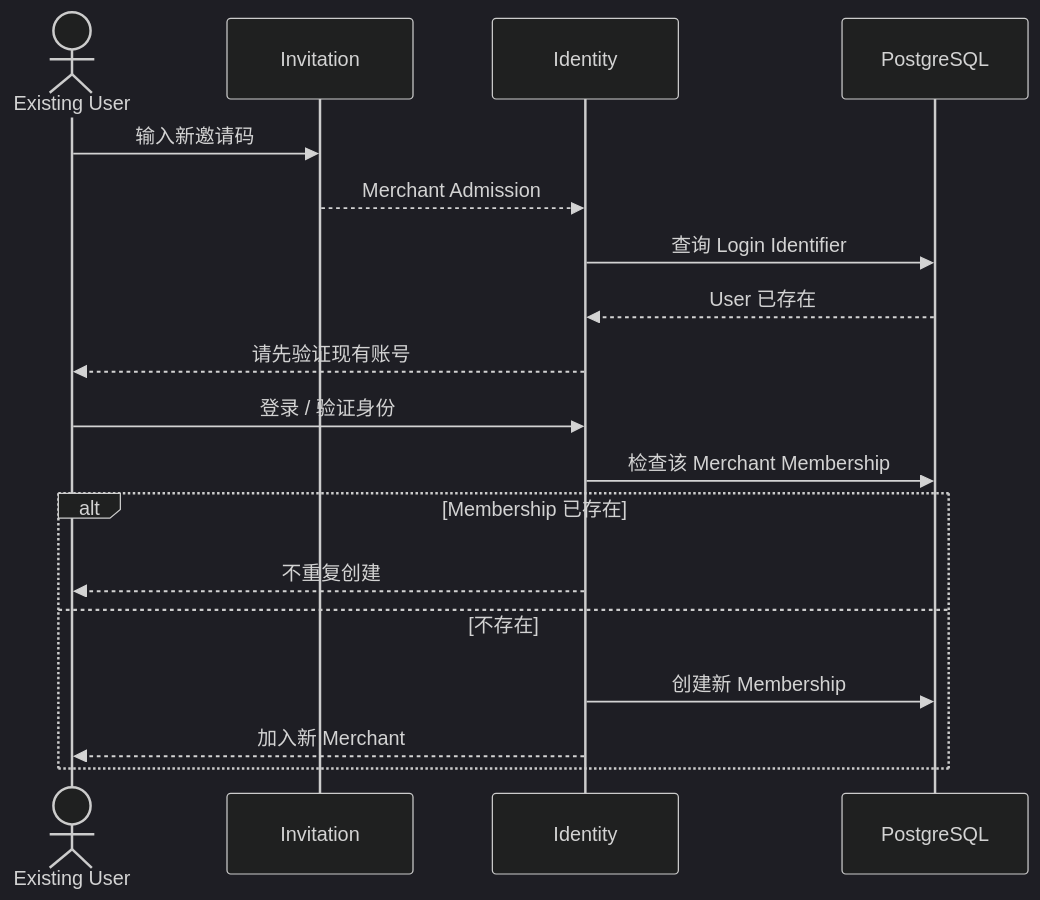
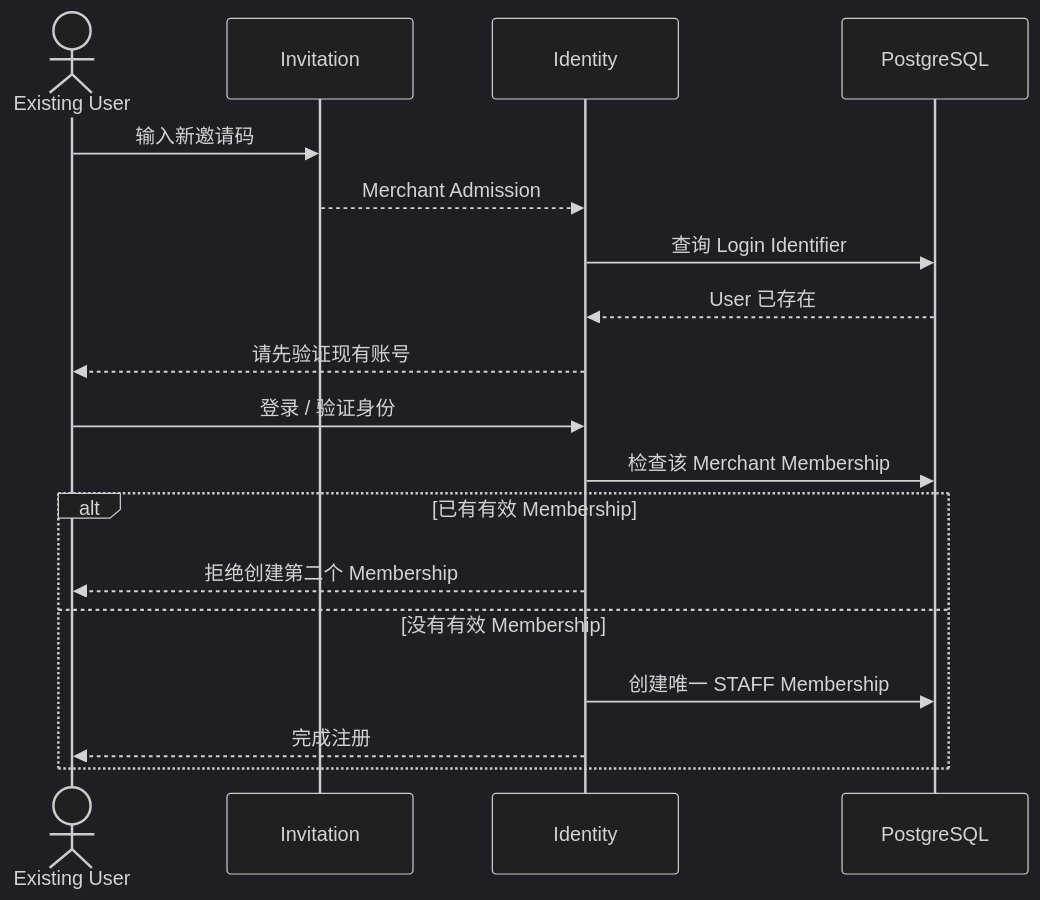
One commit to sxyq/mastergoods changed the tenth of 13 diagrams in docs/system-design/01-账户与身份/01-注册与邀请码.md. Above: the diagram before and after it, drawn with Mermaid (dark theme). The commit also changed other lines of this file and 10 other files, not shown here.

````diff
--- a/docs/system-design/01-账户与身份/01-注册与邀请码.md
+++ b/docs/system-design/01-账户与身份/01-注册与邀请码.md
@@ -387,25 +386,25 @@
 ```mermaid
 sequenceDiagram
     actor U as Existing User
     participant INV as Invitation
     participant IAM as Identity
     participant DB as PostgreSQL
 
     U->>INV: 输入新邀请码
     INV-->>IAM: Merchant Admission
 
     IAM->>DB: 查询 Login Identifier
     DB-->>IAM: User 已存在
 
     IAM-->>U: 请先验证现有账号
     U->>IAM: 登录 / 验证身份
 
     IAM->>DB: 检查该 Merchant Membership
 
-    alt Membership 已存在
-        IAM-->>U: 不重复创建
-    else 不存在
-        IAM->>DB: 创建新 Membership
-        IAM-->>U: 加入新 Merchant
+    alt 已有有效 Membership
+        IAM-->>U: 拒绝创建第二个 Membership
+    else 没有有效 Membership
+        IAM->>DB: 创建唯一 STAFF Membership
+        IAM-->>U: 完成注册
     end
 ```
````
